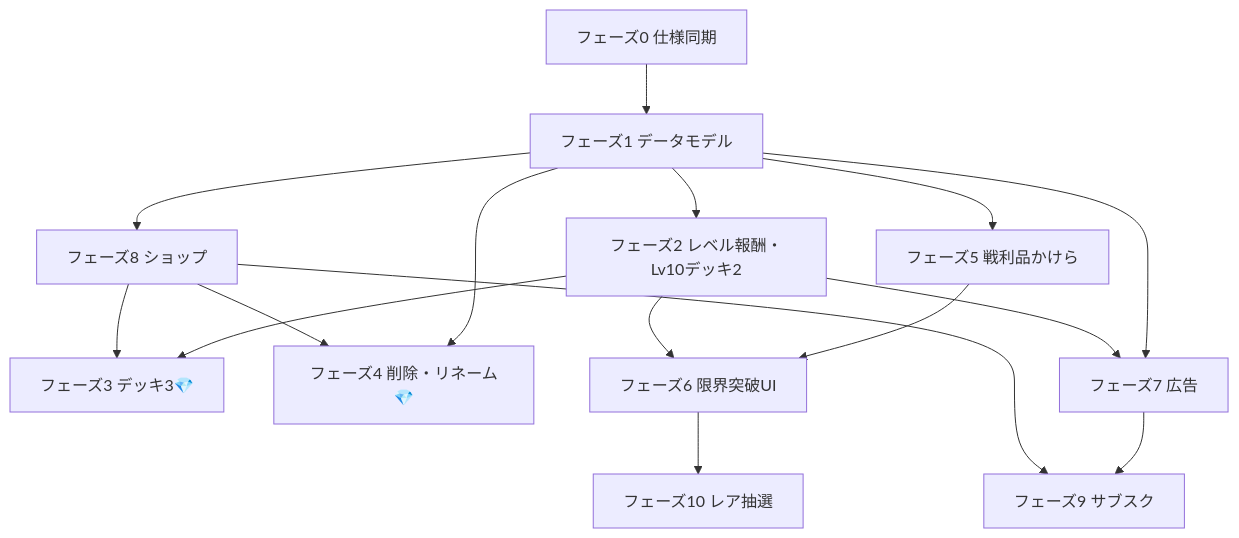
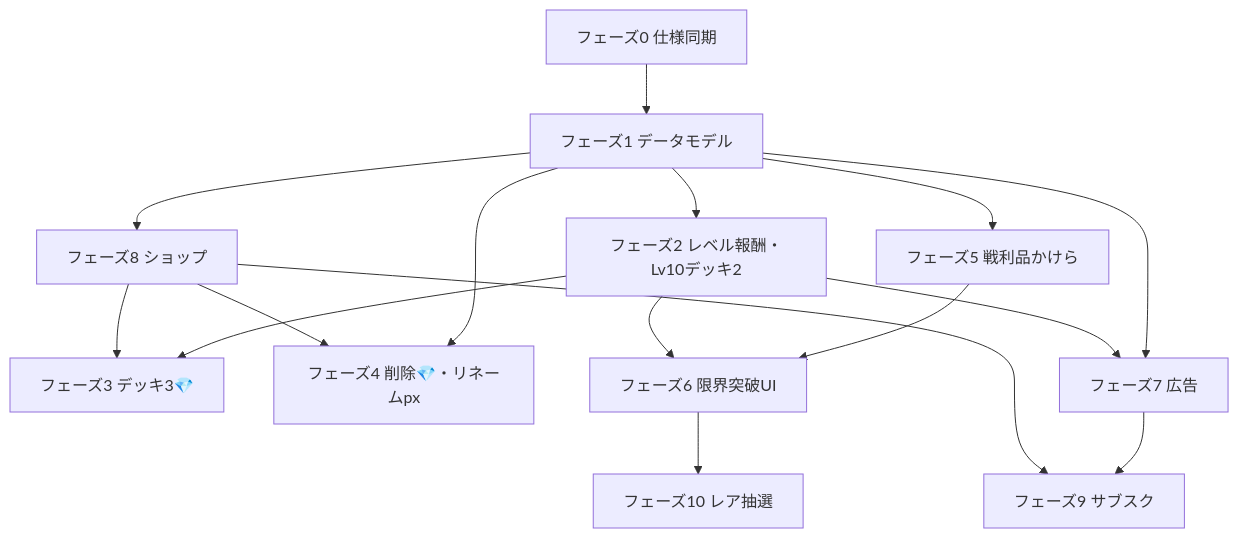
Before and after one commit to True-Ocean/Pixel_Battle: the diagram in docs/ECONOMY_ROADMAP.md, drawn with Mermaid. The commit also changed other lines of this file and 18 other files, not shown here.

````diff
--- a/docs/ECONOMY_ROADMAP.md
+++ b/docs/ECONOMY_ROADMAP.md
@@ -402,30 +429,30 @@
 ```mermaid
 flowchart TD
   P0[フェーズ0 仕様同期]
   P1[フェーズ1 データモデル]
   P2[フェーズ2 レベル報酬・Lv10デッキ2]
   P3[フェーズ3 デッキ3💎]
-  P4[フェーズ4 削除・リネーム💎]
+  P4[フェーズ4 削除💎・リネームpx]
   P5[フェーズ5 戦利品かけら]
   P6[フェーズ6 限界突破UI]
   P7[フェーズ7 広告]
   P8[フェーズ8 ショップ]
   P9[フェーズ9 サブスク]
   P10[フェーズ10 レア抽選]
 
   P0 --> P1
   P1 --> P2
   P2 --> P3
   P1 --> P4
   P1 --> P5
   P5 --> P6
   P2 --> P6
   P1 --> P7
   P2 --> P7
   P1 --> P8
   P8 --> P4
   P8 --> P3
   P7 --> P9
   P8 --> P9
   P6 --> P10
 ```
````
